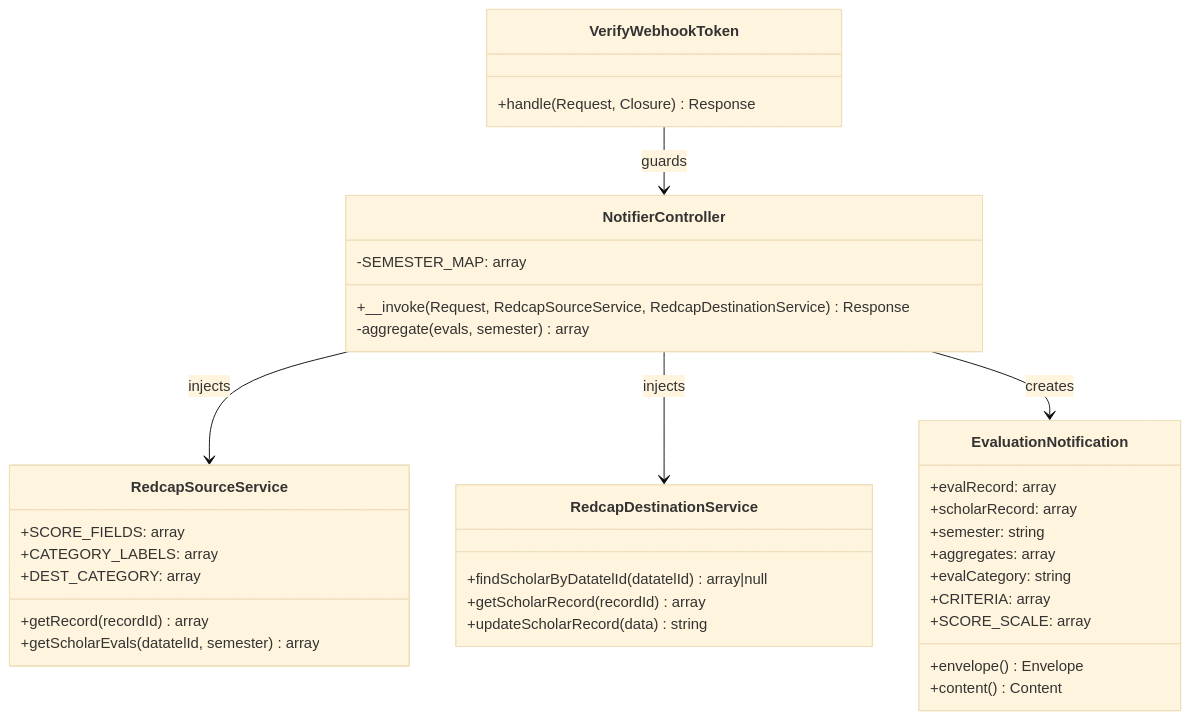
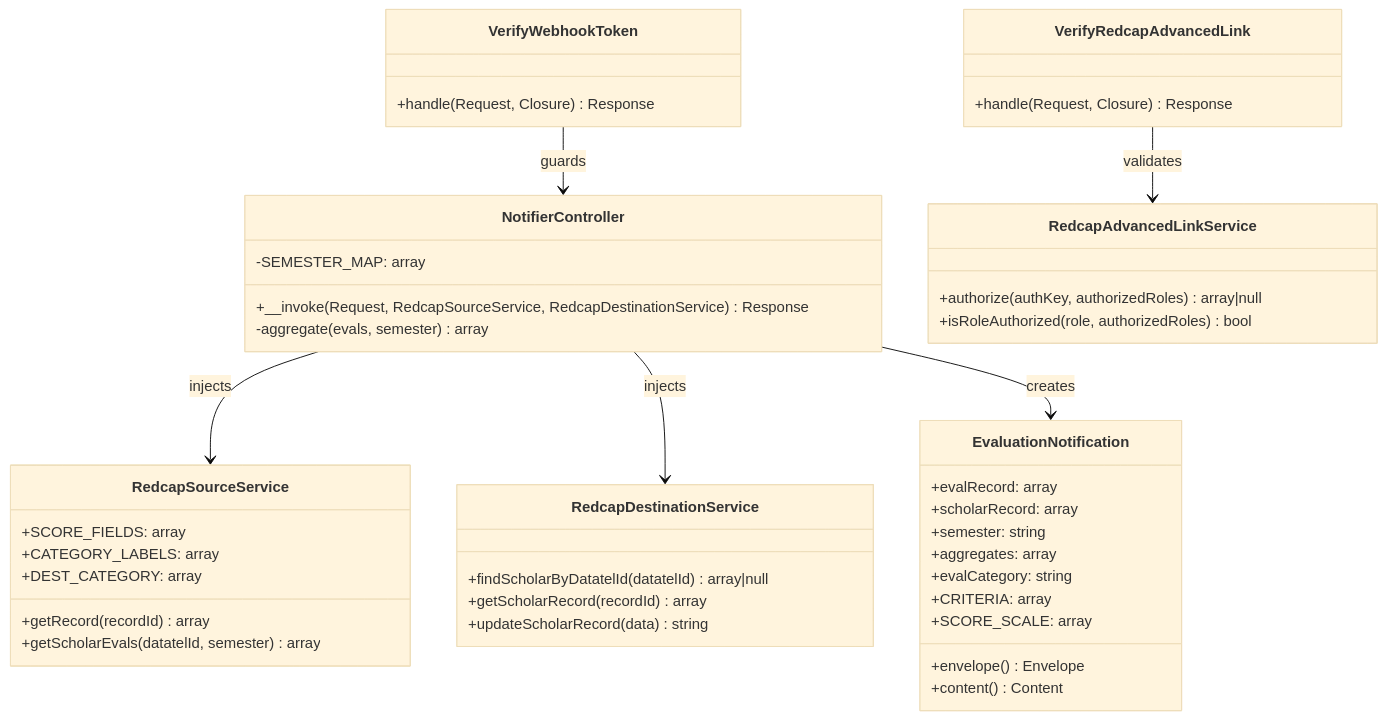
One commit to com-atg/OMM-SE changed the third of 6 diagrams in Docs/architecture.md. Above: the diagram before and after it, drawn with Mermaid (base theme). The commit also changed other lines of this file and 60 other files, not shown here.

Commit message:
Implement SAML authentication middleware, enhance user role management, and add REDCap project token handling

````diff
--- a/Docs/architecture.md
+++ b/Docs/architecture.md
@@ -67,43 +68,53 @@
 ```mermaid
 classDiagram
     class NotifierController {
         +__invoke(Request, RedcapSourceService, RedcapDestinationService) Response
         -aggregate(evals, semester) array
         -SEMESTER_MAP: array
     }
 
     class RedcapSourceService {
         +getRecord(recordId) array
         +getScholarEvals(datatelId, semester) array
         +SCORE_FIELDS: array
         +CATEGORY_LABELS: array
         +DEST_CATEGORY: array
     }
 
     class RedcapDestinationService {
         +findScholarByDatatelId(datatelId) array|null
         +getScholarRecord(recordId) array
         +updateScholarRecord(data) string
     }
 
+    class RedcapAdvancedLinkService {
+        +authorize(authKey, authorizedRoles) array|null
+        +isRoleAuthorized(role, authorizedRoles) bool
+    }
+
+    class VerifyRedcapAdvancedLink {
+        +handle(Request, Closure) Response
+    }
+
     class VerifyWebhookToken {
         +handle(Request, Closure) Response
     }
 
     class EvaluationNotification {
         +evalRecord: array
         +scholarRecord: array
         +semester: string
         +aggregates: array
         +evalCategory: string
         +CRITERIA: array
         +SCORE_SCALE: array
         +envelope() Envelope
         +content() Content
     }
 
     NotifierController --> RedcapSourceService : injects
     NotifierController --> RedcapDestinationService : injects
     NotifierController --> EvaluationNotification : creates
+    VerifyRedcapAdvancedLink --> RedcapAdvancedLinkService : validates
     VerifyWebhookToken --> NotifierController : guards
 ```
````
